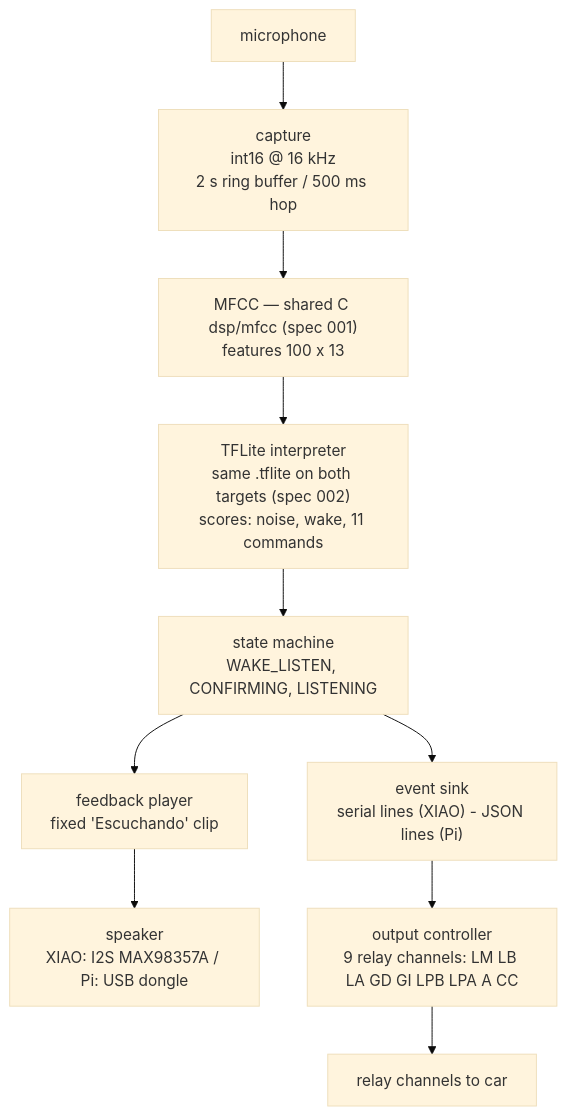
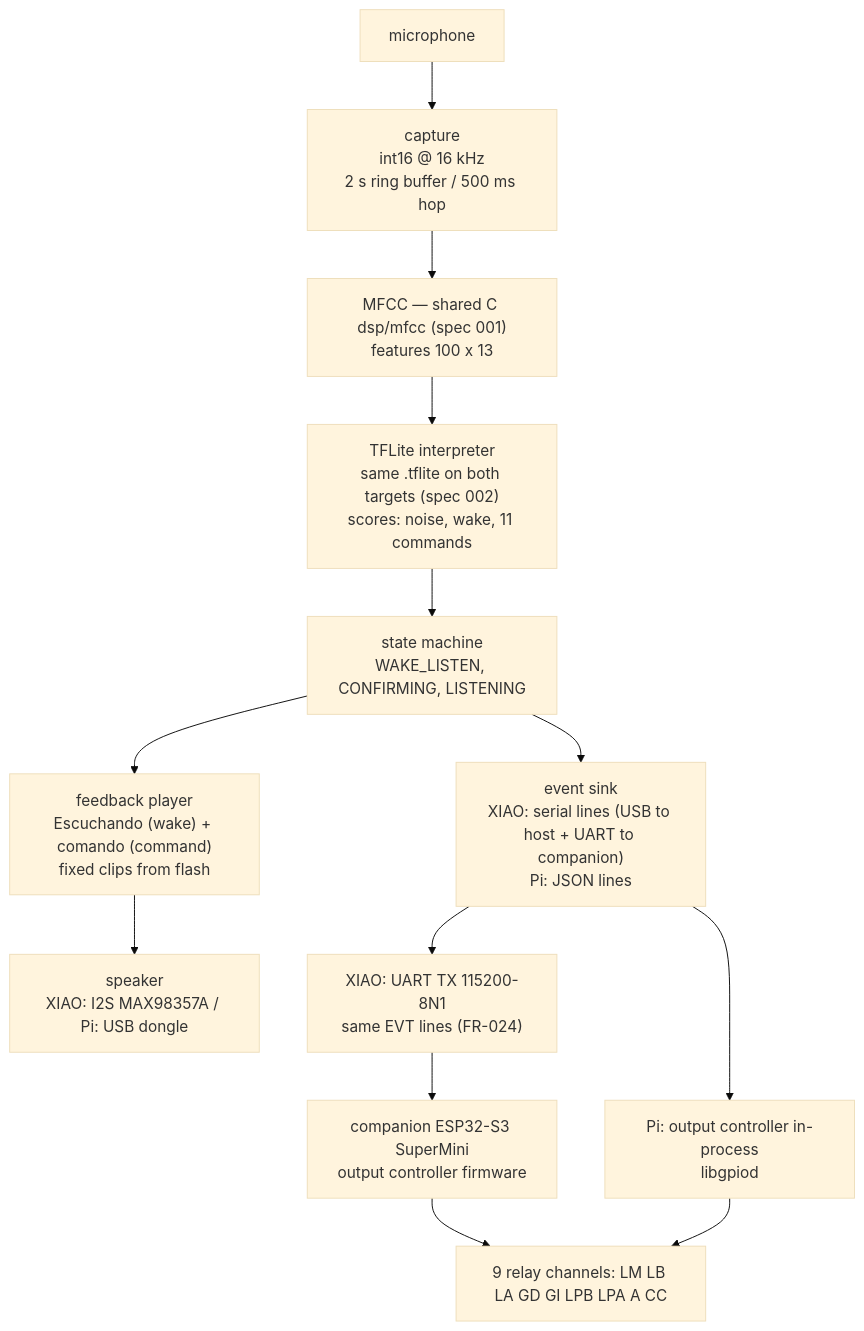
The first of 2 diagrams in .ai/sdd/specs/003-can-act/design.md (franzemil/ultron), drawn with Mermaid (base theme) before and after one commit. The commit also changed other lines of this file and 9 other files, not shown here.

````diff
--- a/.ai/sdd/specs/003-can-act/design.md
+++ b/.ai/sdd/specs/003-can-act/design.md
@@ -26,12 +31,15 @@
 ```mermaid
 flowchart TB
     MIC["microphone"] --> CAP["capture<br/>int16 @ 16 kHz<br/>2 s ring buffer / 500 ms hop"]
     CAP --> DSP["MFCC — shared C dsp/mfcc (spec 001)<br/>features 100 x 13"]
     DSP --> TFL["TFLite interpreter<br/>same .tflite on both targets (spec 002)<br/>scores: noise, wake, 11 commands"]
     TFL --> SM["state machine<br/>WAKE_LISTEN, CONFIRMING, LISTENING"]
-    SM --> EVT["event sink<br/>serial lines (XIAO) - JSON lines (Pi)"]
-    SM --> FB["feedback player<br/>fixed 'Escuchando' clip"]
+    SM --> EVT["event sink<br/>XIAO: serial lines (USB to host + UART to companion)<br/>Pi: JSON lines"]
+    SM --> FB["feedback player<br/>Escuchando (wake) + comando (command)<br/>fixed clips from flash"]
     FB --> SPK["speaker<br/>XIAO: I2S MAX98357A / Pi: USB dongle"]
-    EVT --> OC["output controller<br/>9 relay channels: LM LB LA GD GI LPB LPA A CC"]
-    OC --> CAR["relay channels to car"]
+    EVT --> UART["XIAO: UART TX 115200-8N1<br/>same EVT lines (FR-024)"]
+    UART --> COMP["companion ESP32-S3 SuperMini<br/>output controller firmware"]
+    COMP --> REL["9 relay channels: LM LB LA GD GI LPB LPA A CC"]
+    EVT --> PIOC["Pi: output controller in-process<br/>libgpiod"]
+    PIOC --> REL
 ```
````
